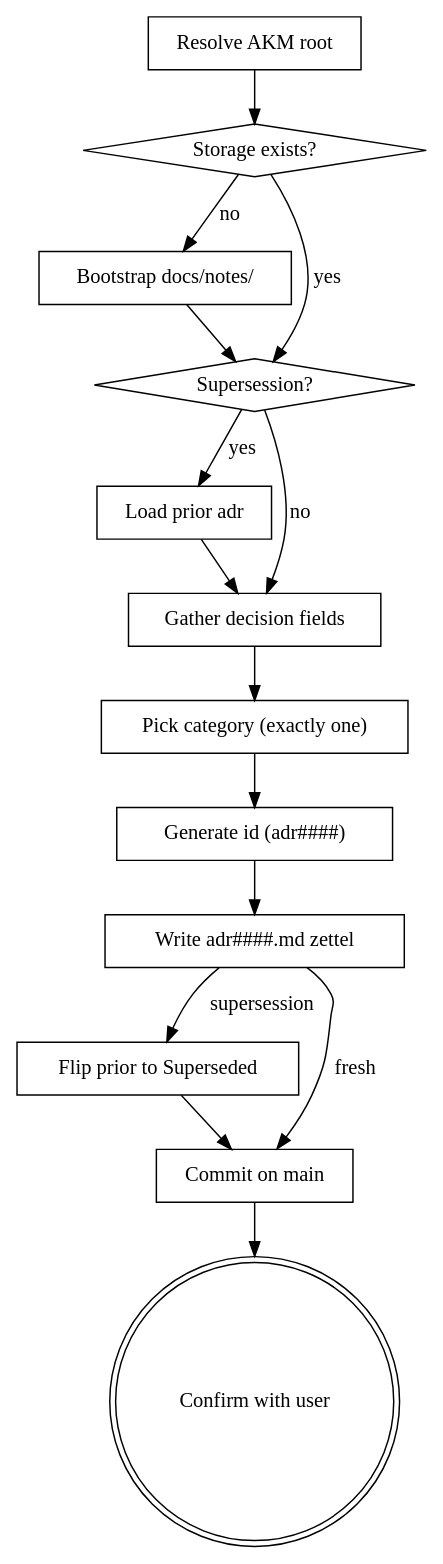
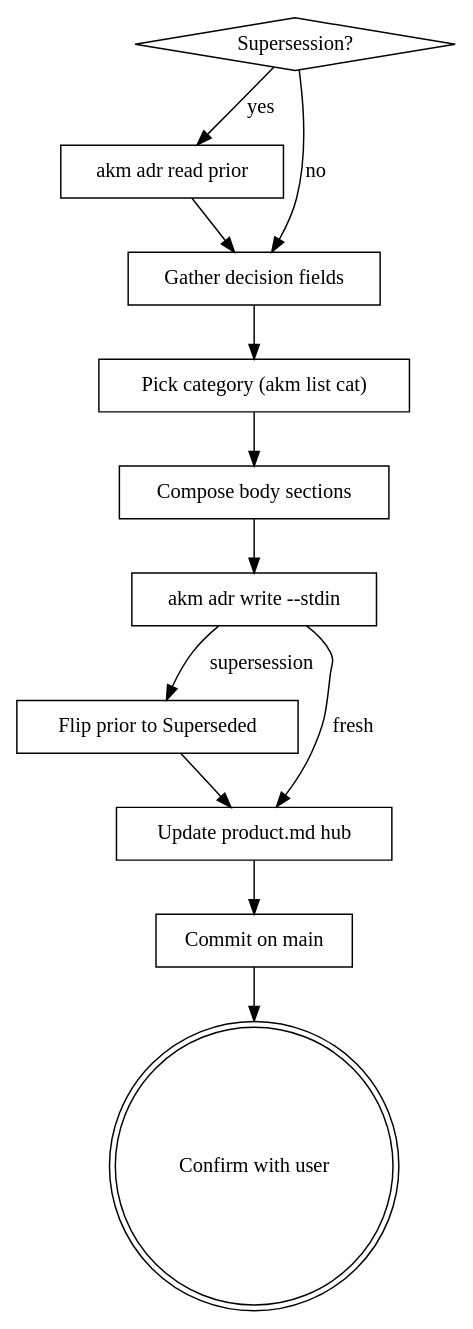
One commit to b3tchi/dotfiles changed the diagram in claude/marketplace/plugins/infinifu/skills/adr-write/SKILL.md. Above: the diagram before and after it, drawn with Graphviz. The commit also changed other lines of this file, not shown here.

````diff
--- a/claude/marketplace/plugins/infinifu/skills/adr-write/SKILL.md
+++ b/claude/marketplace/plugins/infinifu/skills/adr-write/SKILL.md
@@ -113,31 +122,26 @@
 ```dot
 digraph adr_create {
-    "Resolve AKM root" [shape=box];
-    "Storage exists?" [shape=diamond];
-    "Bootstrap docs/notes/" [shape=box];
     "Supersession?" [shape=diamond];
-    "Load prior adr" [shape=box];
+    "akm adr read prior" [shape=box];
     "Gather decision fields" [shape=box];
-    "Pick category (exactly one)" [shape=box];
-    "Generate id (adr####)" [shape=box];
-    "Write adr####.md zettel" [shape=box];
+    "Pick category (akm list cat)" [shape=box];
+    "Compose body sections" [shape=box];
+    "akm adr write --stdin" [shape=box];
     "Flip prior to Superseded" [shape=box];
+    "Update product.md hub" [shape=box];
     "Commit on main" [shape=box];
     "Confirm with user" [shape=doublecircle];
 
-    "Resolve AKM root" -> "Storage exists?";
-    "Storage exists?" -> "Bootstrap docs/notes/" [label="no"];
-    "Storage exists?" -> "Supersession?" [label="yes"];
-    "Bootstrap docs/notes/" -> "Supersession?";
-    "Supersession?" -> "Load prior adr" [label="yes"];
+    "Supersession?" -> "akm adr read prior" [label="yes"];
     "Supersession?" -> "Gather decision fields" [label="no"];
-    "Load prior adr" -> "Gather decision fields";
-    "Gather decision fields" -> "Pick category (exactly one)";
-    "Pick category (exactly one)" -> "Generate id (adr####)";
-    "Generate id (adr####)" -> "Write adr####.md zettel";
-    "Write adr####.md zettel" -> "Flip prior to Superseded" [label="supersession"];
-    "Write adr####.md zettel" -> "Commit on main" [label="fresh"];
-    "Flip prior to Superseded" -> "Commit on main";
+    "akm adr read prior" -> "Gather decision fields";
+    "Gather decision fields" -> "Pick category (akm list cat)";
+    "Pick category (akm list cat)" -> "Compose body sections";
+    "Compose body sections" -> "akm adr write --stdin";
+    "akm adr write --stdin" -> "Flip prior to Superseded" [label="supersession"];
+    "akm adr write --stdin" -> "Update product.md hub" [label="fresh"];
+    "Flip prior to Superseded" -> "Update product.md hub";
+    "Update product.md hub" -> "Commit on main";
     "Commit on main" -> "Confirm with user";
 }
 ```
````
